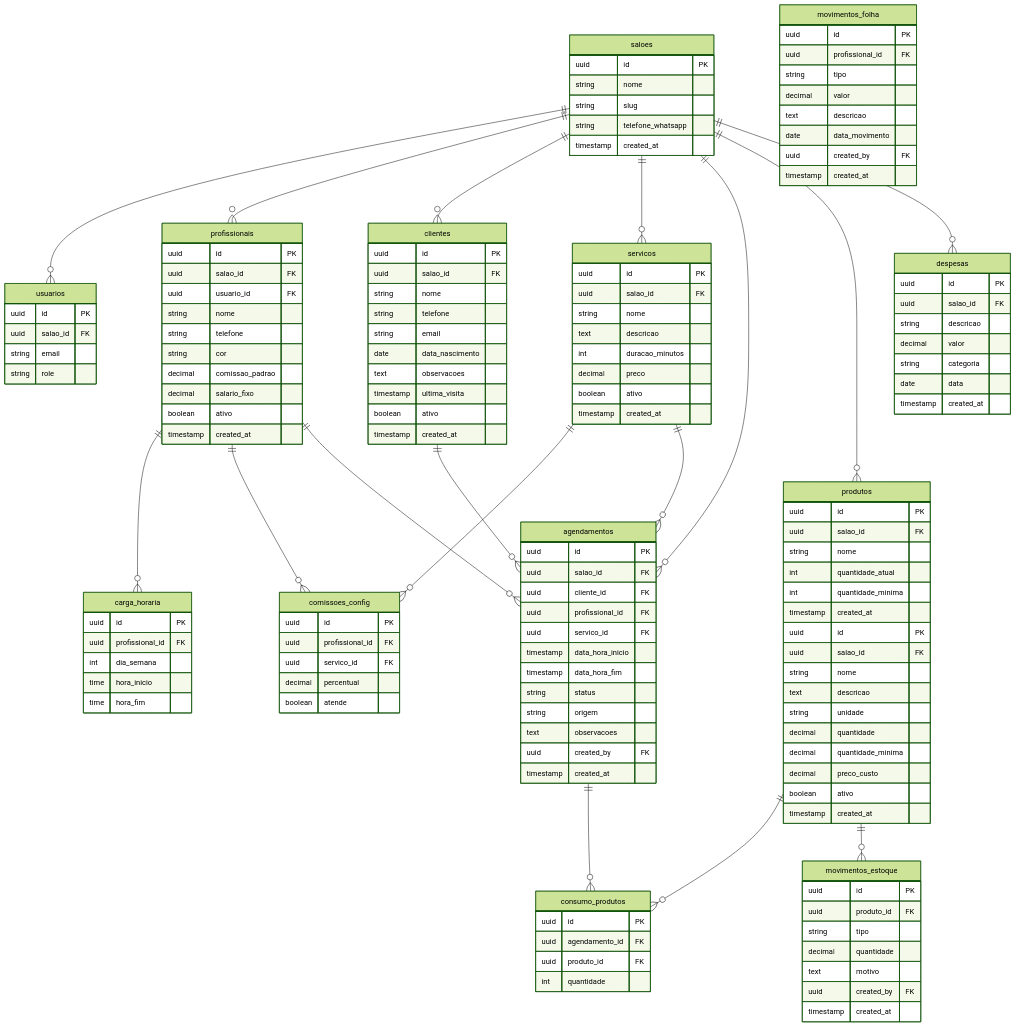
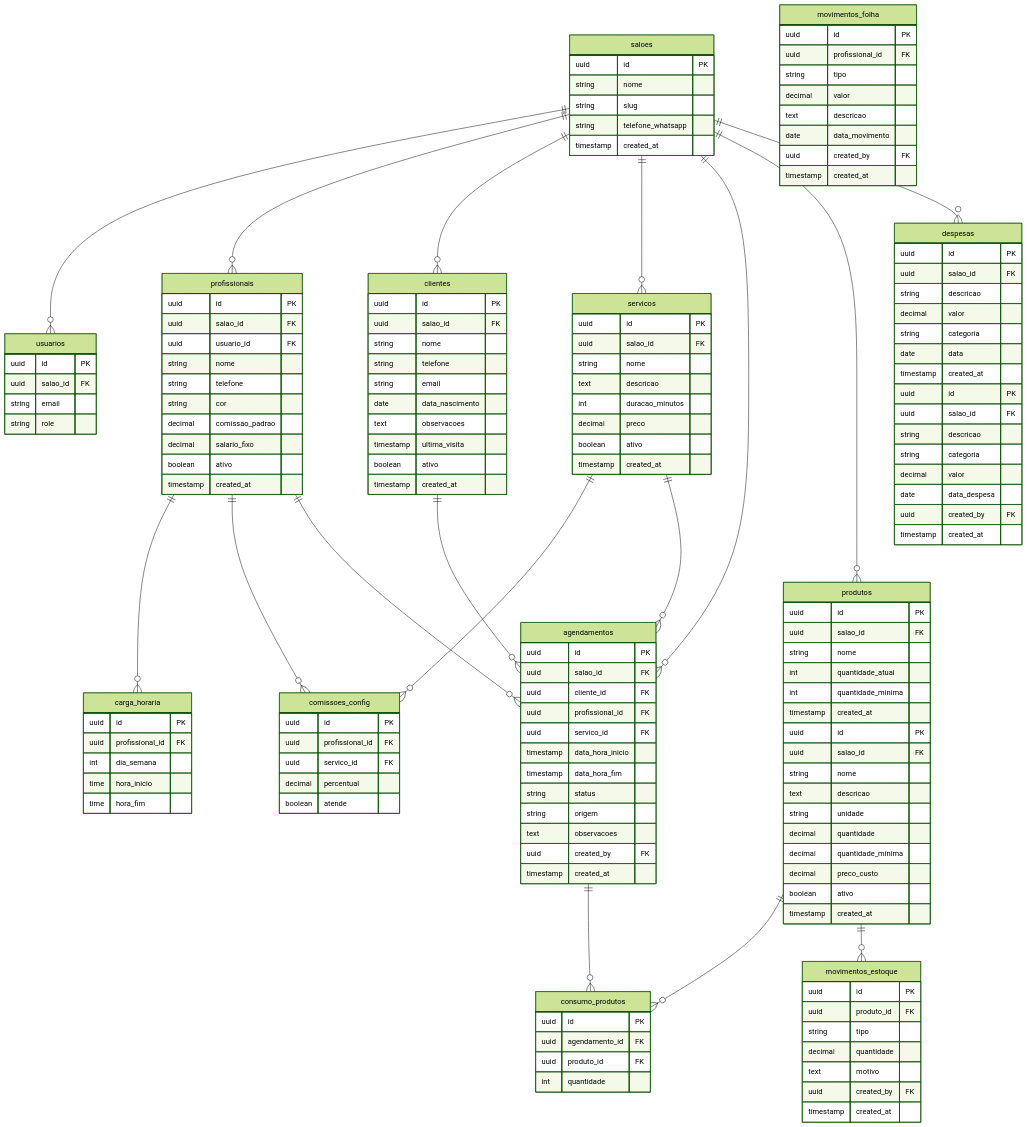
The seventh of 7 diagrams in DIAGRAM.md (DiegoNexa/Nexa), drawn with Mermaid (forest theme) before and after one commit. The commit also changed 8 other files, not shown here.

```diff
--- a/DIAGRAM.md
+++ b/DIAGRAM.md
@@ -315,6 +315,17 @@
         timestamp created_at
     }
 
+    despesas {
+        uuid id PK
+        uuid salao_id FK
+        string descricao
+        string categoria
+        decimal valor
+        date data_despesa
+        uuid created_by FK
+        timestamp created_at
+    }
+
     saloes ||--o{ usuarios : ""
     saloes ||--o{ profissionais : ""
     saloes ||--o{ clientes : ""
```
